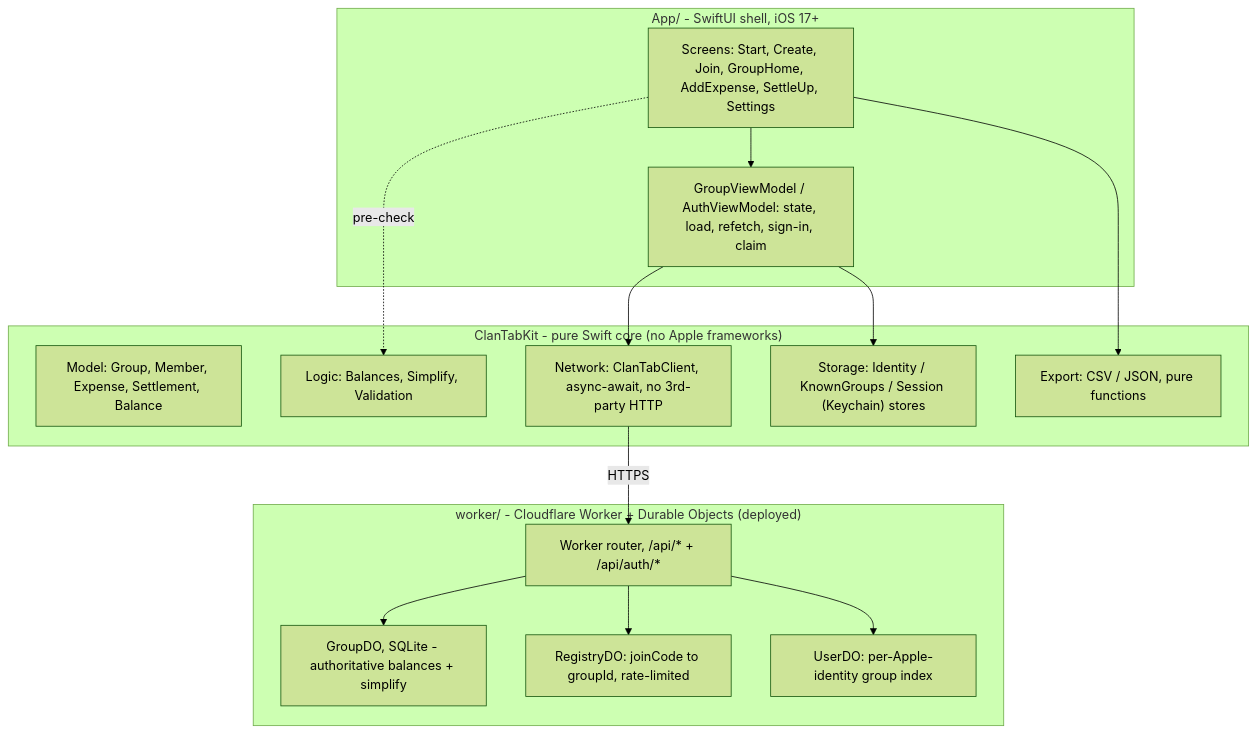
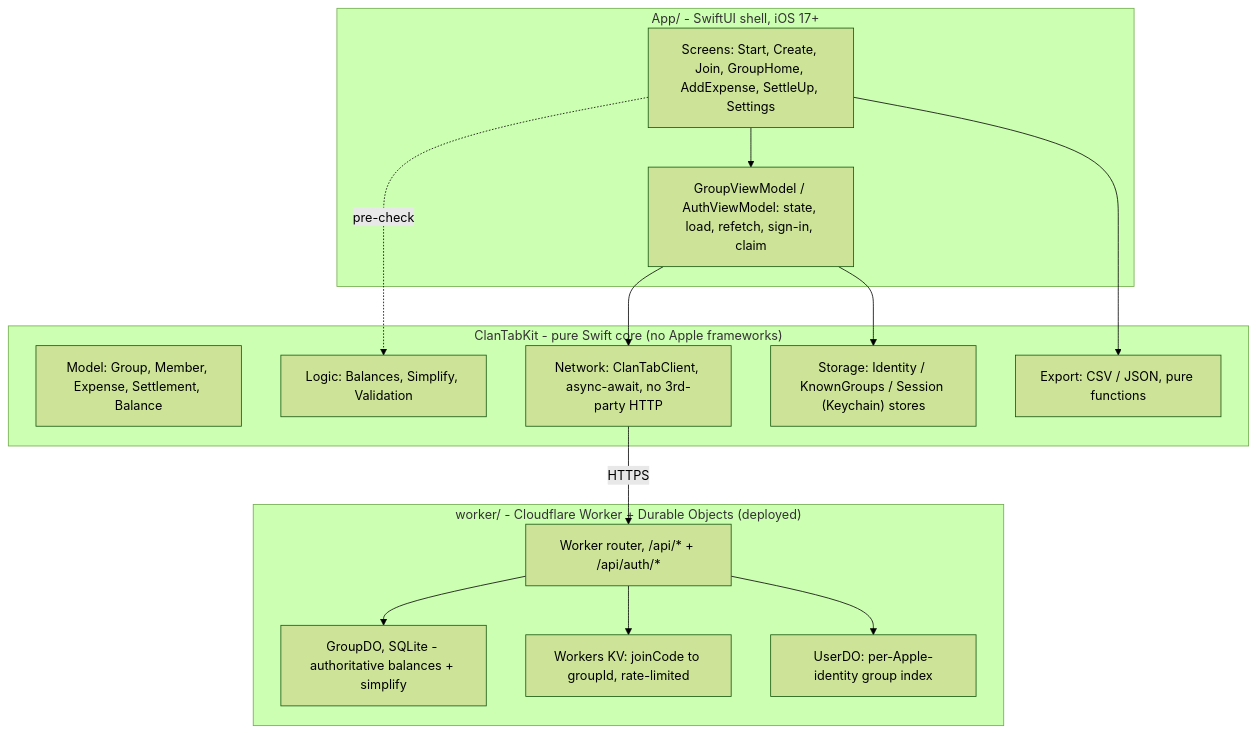
Before and after one commit to nakka-labs/clantab-ios: the diagram in README.md, drawn with Mermaid (forest theme). The commit also changed other lines of this file and 16 other files, not shown here.

````diff
--- a/README.md
+++ b/README.md
@@ -51,32 +51,32 @@
 ```mermaid
 flowchart TB
     subgraph app["App/ - SwiftUI shell, iOS 17+"]
         screens["Screens: Start, Create, Join, GroupHome, AddExpense, SettleUp, Settings"]
         vm["GroupViewModel / AuthViewModel: state, load, refetch, sign-in, claim"]
         screens --> vm
     end
 
     subgraph kit["ClanTabKit - pure Swift core (no Apple frameworks)"]
         model["Model: Group, Member, Expense, Settlement, Balance"]
         logic["Logic: Balances, Simplify, Validation"]
         client["Network: ClanTabClient, async-await, no 3rd-party HTTP"]
         store["Storage: Identity / KnownGroups / Session (Keychain) stores"]
         export["Export: CSV / JSON, pure functions"]
     end
 
     vm --> client
     vm --> store
     screens --> export
     screens -.->|"pre-check"| logic
     client -->|HTTPS| worker
 
     subgraph backend["worker/ - Cloudflare Worker + Durable Objects (deployed)"]
         worker["Worker router, /api/* + /api/auth/*"]
         groupdo["GroupDO, SQLite - authoritative balances + simplify"]
-        registrydo["RegistryDO: joinCode to groupId, rate-limited"]
+        joincodes["Workers KV: joinCode to groupId, rate-limited"]
         userdo["UserDO: per-Apple-identity group index"]
         worker --> groupdo
-        worker --> registrydo
+        worker --> joincodes
         worker --> userdo
     end
 ```
````
